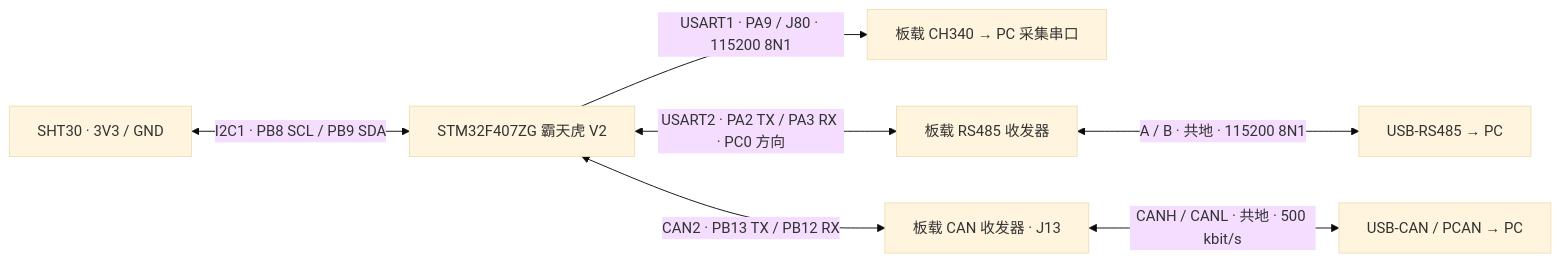
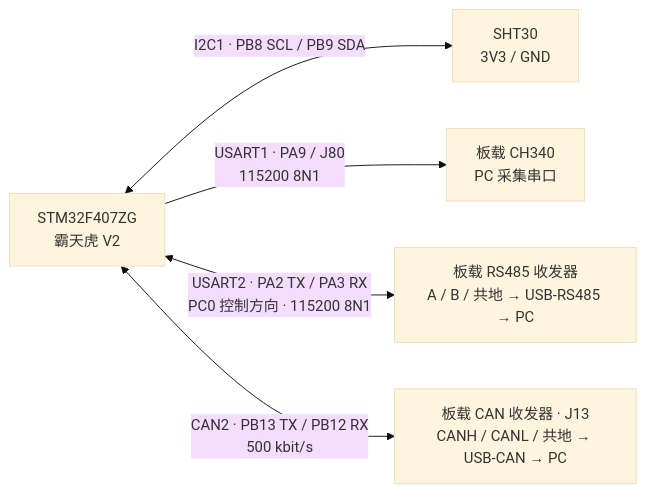
Before and after one commit to tmhcyber/stm32f407-data-terminal: the diagram in README.md, drawn with Mermaid (base theme). The commit also changed other lines of this file, not shown here.

Commit message:
docs: improve wiring diagram readability

````diff
--- a/README.md
+++ b/README.md
@@ -36,9 +36,7 @@
 ```mermaid
 flowchart LR
-    S["SHT30 · 3V3 / GND"] <-->|"I2C1 · PB8 SCL / PB9 SDA"| MCU["STM32F407ZG 霸天虎 V2"]
-    MCU -->|"USART1 · PA9 / J80 · 115200 8N1"| U["板载 CH340 → PC 采集串口"]
-    MCU <-->|"USART2 · PA2 TX / PA3 RX · PC0 方向"| R["板载 RS485 收发器"]
-    R <-->|"A / B · 共地 · 115200 8N1"| RP["USB-RS485 → PC"]
-    MCU <-->|"CAN2 · PB13 TX / PB12 RX"| C["板载 CAN 收发器 · J13"]
-    C <-->|"CANH / CANL · 共地 · 500 kbit/s"| CP["USB-CAN / PCAN → PC"]
+    MCU["STM32F407ZG<br/>霸天虎 V2"] <-->|"I2C1 · PB8 SCL / PB9 SDA"| S["SHT30<br/>3V3 / GND"]
+    MCU -->|"USART1 · PA9 / J80<br/>115200 8N1"| U["板载 CH340<br/>PC 采集串口"]
+    MCU <-->|"USART2 · PA2 TX / PA3 RX<br/>PC0 控制方向 · 115200 8N1"| R["板载 RS485 收发器<br/>A / B / 共地 → USB-RS485 → PC"]
+    MCU <-->|"CAN2 · PB13 TX / PB12 RX<br/>500 kbit/s"| C["板载 CAN 收发器 · J13<br/>CANH / CANL / 共地 → USB-CAN → PC"]
 ```
````
